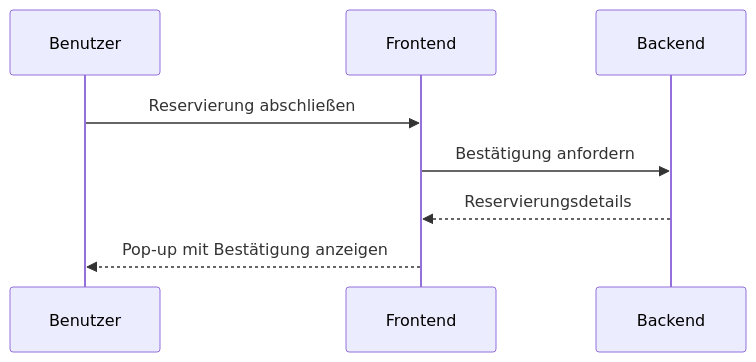
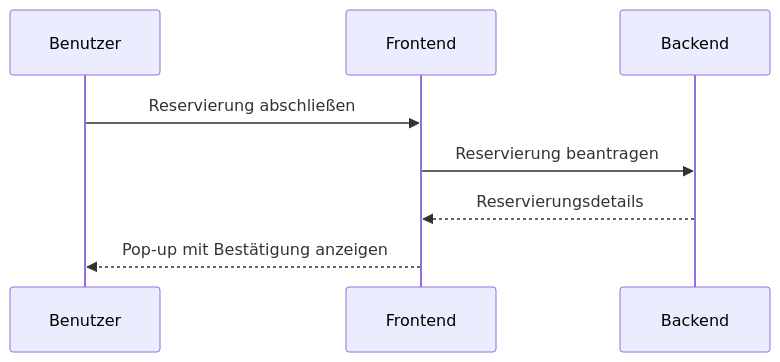
Before and after one commit to AlinaBoess/SoftwareEngineeringProjektTINF23B5: the fourth of 11 diagrams in documentation/architecture/SAD.md, drawn with Mermaid.

````diff
--- a/documentation/architecture/SAD.md
+++ b/documentation/architecture/SAD.md
@@ -146,11 +146,11 @@
 ```mermaid
 sequenceDiagram
     participant Benutzer
     participant Frontend
     participant Backend
     
     Benutzer->>Frontend: Reservierung abschließen
-    Frontend->>Backend: Bestätigung anfordern
+    Frontend->>Backend: Reservierung beantragen
     Backend-->>Frontend: Reservierungsdetails
     Frontend-->>Benutzer: Pop-up mit Bestätigung anzeigen
 ```
````
